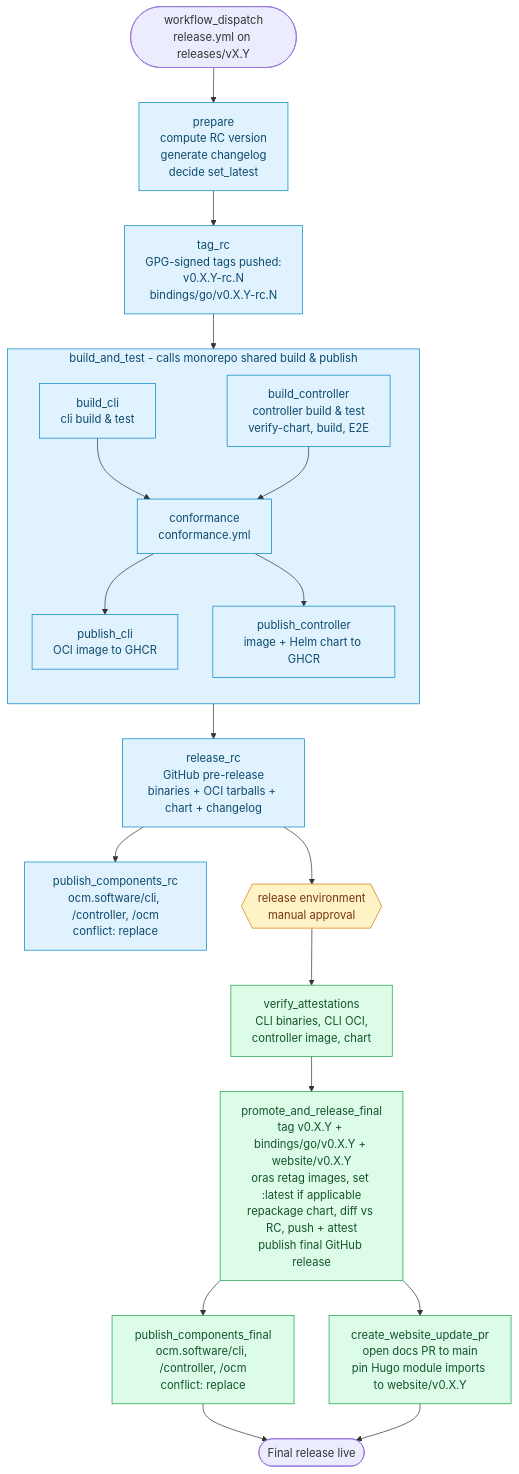
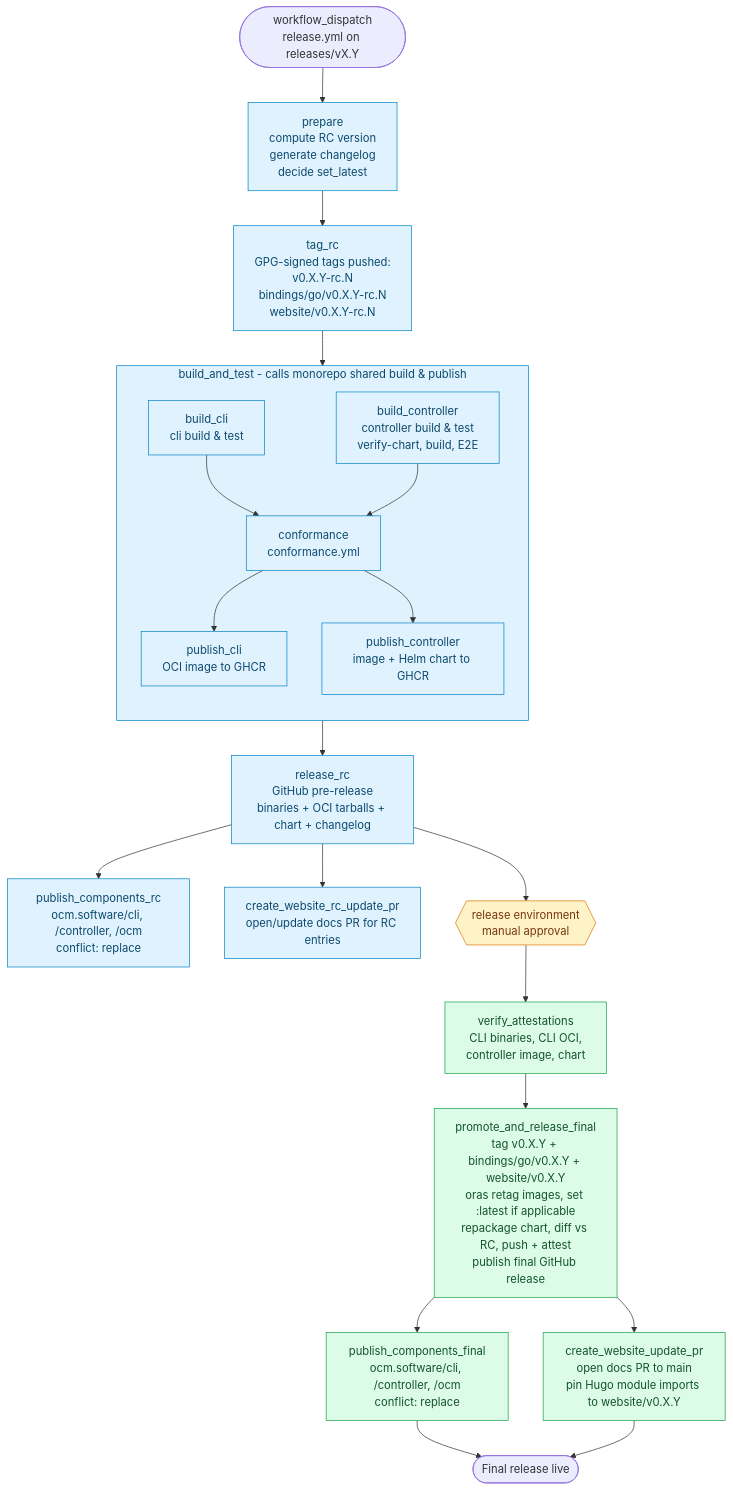
One commit to open-component-model/open-component-model changed the second of 2 diagrams in RELEASE_PROCESS.md. Above: the diagram before and after it, drawn with Mermaid. The commit also changed other lines of this file, not shown here.

Commit message:
docs(release): document RC docs publication on the website

````diff
--- a/RELEASE_PROCESS.md
+++ b/RELEASE_PROCESS.md
@@ -57,39 +57,40 @@
 ```mermaid
 flowchart TD
     Start([workflow_dispatch<br/>release.yml on releases/vX.Y])
     Start --> Prepare[prepare<br/>compute RC version<br/>generate changelog<br/>decide set_latest]
-    Prepare --> TagRC[tag_rc<br/>GPG-signed tags pushed:<br/>v0.X.Y-rc.N<br/>bindings/go/v0.X.Y-rc.N]
+    Prepare --> TagRC[tag_rc<br/>GPG-signed tags pushed:<br/>v0.X.Y-rc.N<br/>bindings/go/v0.X.Y-rc.N<br/>website/v0.X.Y-rc.N]
     TagRC --> Pipeline
 
     subgraph Pipeline["build_and_test - calls monorepo shared build & publish"]
         direction TB
         BuildCLI["build_cli<br/>cli build & test"]
         BuildCtl["build_controller<br/>controller build & test<br/>verify-chart, build, E2E"]
         Conf[conformance<br/>conformance.yml]
         PubCLI[publish_cli<br/>OCI image to GHCR]
         PubCtl[publish_controller<br/>image + Helm chart to GHCR]
 
         BuildCLI --> Conf
         BuildCtl --> Conf
         Conf --> PubCLI
         Conf --> PubCtl
     end
 
     Pipeline --> ReleaseRC[release_rc<br/>GitHub pre-release<br/>binaries + OCI tarballs + chart + changelog]
     ReleaseRC --> PubCompRC[publish_components_rc<br/>ocm.software/cli, /controller, /ocm<br/>conflict: replace]
+    ReleaseRC --> WebsiteDocsRC[create_website_rc_update_pr<br/>open/update docs PR for RC entries]
     ReleaseRC --> Gate{{release environment<br/>manual approval}}
     Gate --> Verify[verify_attestations<br/>CLI binaries, CLI OCI,<br/>controller image, chart]
     Verify --> Promote[promote_and_release_final<br/>tag v0.X.Y + bindings/go/v0.X.Y + website/v0.X.Y<br/>oras retag images, set :latest if applicable<br/>repackage chart, diff vs RC, push + attest<br/>publish final GitHub release]
     Promote --> PubCompFinal[publish_components_final<br/>ocm.software/cli, /controller, /ocm<br/>conflict: replace]
     Promote --> WebsiteDocs[create_website_update_pr<br/>open docs PR to main<br/>pin Hugo module imports to website/v0.X.Y]
     PubCompFinal --> End([Final release live])
     WebsiteDocs --> End
 
     classDef rc fill:#e0f2fe,stroke:#0284c7,color:#0c4a6e
     classDef final fill:#dcfce7,stroke:#16a34a,color:#14532d
     classDef gate fill:#fef3c7,stroke:#d97706,color:#78350f
 
-    class Prepare,TagRC,Pipeline,ReleaseRC,PubCompRC,BuildCLI,BuildCtl,Conf,PubCLI,PubCtl rc
+    class Prepare,TagRC,Pipeline,ReleaseRC,PubCompRC,WebsiteDocsRC,BuildCLI,BuildCtl,Conf,PubCLI,PubCtl rc
     class Verify,Promote,PubCompFinal,WebsiteDocs final
     class Gate gate
 ```
````
